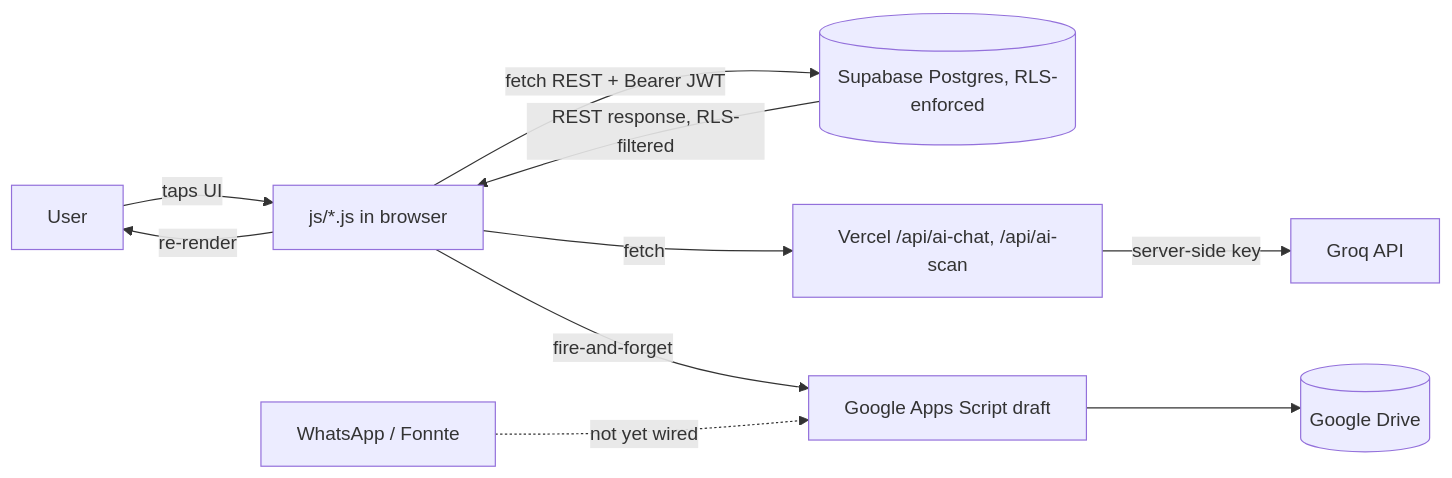
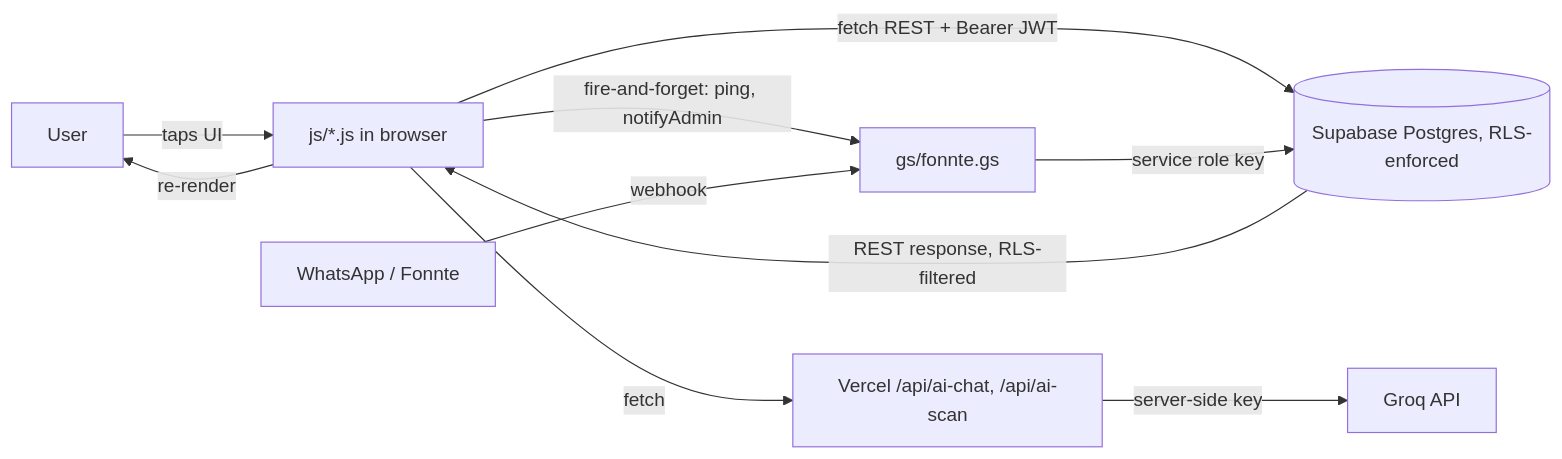
Before and after one commit to fadhillahmaurizky-crypto/ai-finance-app: the first of 3 diagrams in docs/architecture.md, drawn with Mermaid. The commit also changed other lines of this file and 5 other files, not shown here.

First line of the commit message:
Fix gs/fonnte.gs: service role auth, account_id, all-time balance, real categories, account extraction

````diff
--- a/docs/architecture.md
+++ b/docs/architecture.md
@@ -69,12 +69,12 @@
 ```mermaid
 flowchart LR
     U[User] -->|taps UI| JS[js/*.js in browser]
     JS -->|fetch REST + Bearer JWT| SB[(Supabase Postgres, RLS-enforced)]
     JS -->|fetch| API[Vercel /api/ai-chat, /api/ai-scan]
     API -->|server-side key| GROQ[Groq API]
-    JS -->|fire-and-forget| GAS[Google Apps Script draft]
-    GAS --> DRIVE[(Google Drive)]
-    WA[WhatsApp / Fonnte] -.->|not yet wired| GAS
+    JS -->|fire-and-forget: ping, notifyAdmin| GAS[gs/fonnte.gs]
+    WA[WhatsApp / Fonnte] -->|webhook| GAS
+    GAS -->|service role key| SB
     SB -->|REST response, RLS-filtered| JS
     JS -->|re-render| U
 ```
````
